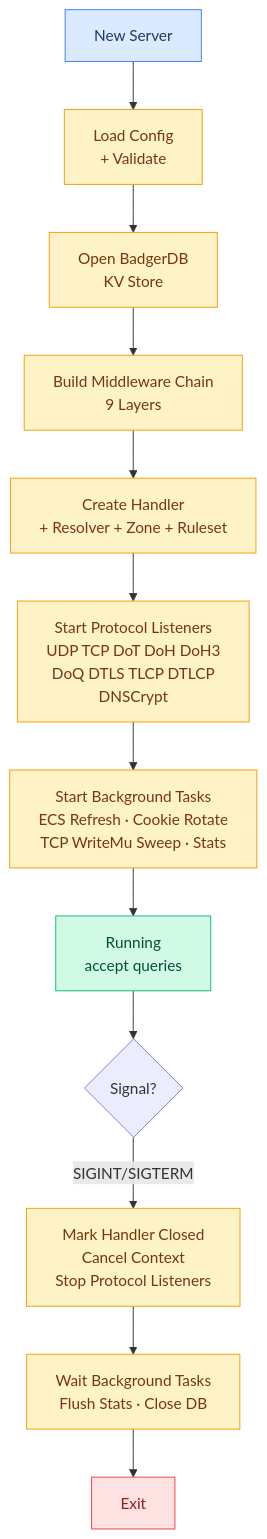
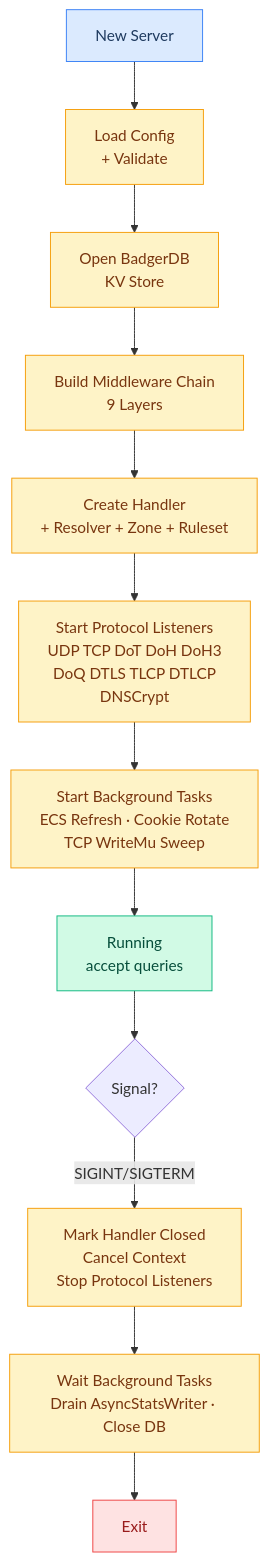
One commit to hezhijie0327/ZJDNS changed the second of 26 diagrams in docs/FLOWCHARTS.md. Above: the diagram before and after it, drawn with Mermaid. The commit also changed other lines of this file and 40 other files, not shown here.

````diff
--- a/docs/FLOWCHARTS.md
+++ b/docs/FLOWCHARTS.md
@@ -26,22 +26,22 @@
 ```mermaid
 graph TD
     START[New Server] --> LOADCONF[Load Config<br/>+ Validate]
     LOADCONF --> INITDB[Open BadgerDB<br/>KV Store]
     INITDB --> INITMW[Build Middleware Chain<br/>9 Layers]
     INITMW --> INITHANDLER[Create Handler<br/>+ Resolver + Zone + Ruleset]
     INITHANDLER --> STARTPROTO[Start Protocol Listeners<br/>UDP TCP DoT DoH DoH3<br/>DoQ DTLS TLCP DTLCP<br/>DNSCrypt]
-    STARTPROTO --> BG[Start Background Tasks<br/>ECS Refresh · Cookie Rotate<br/>TCP WriteMu Sweep · Stats]
+    STARTPROTO --> BG[Start Background Tasks<br/>ECS Refresh · Cookie Rotate<br/>TCP WriteMu Sweep]
     BG --> RUNNING[Running<br/>accept queries]
     RUNNING --> SIG{Signal?}
     SIG -->|SIGINT/SIGTERM| SHUTDOWN[Mark Handler Closed<br/>Cancel Context<br/>Stop Protocol Listeners]
-    SHUTDOWN --> WAITBG[Wait Background Tasks<br/>Flush Stats · Close DB]
+    SHUTDOWN --> WAITBG[Wait Background Tasks<br/>Drain AsyncStatsWriter · Close DB]
     WAITBG --> EXIT[Exit]
     classDef start fill:#dbeafe,stroke:#3b82f6,color:#1e3a5f
     classDef proc fill:#fef3c7,stroke:#f59e0b,color:#78350f
     classDef running fill:#d1fae5,stroke:#10b981,color:#064e3b
     classDef exit fill:#fee2e2,stroke:#ef4444,color:#991b1b
     class START start
     class LOADCONF,INITDB,INITMW,INITHANDLER,STARTPROTO,BG,SHUTDOWN,WAITBG proc
     class RUNNING running
     class EXIT exit
 ```
````
